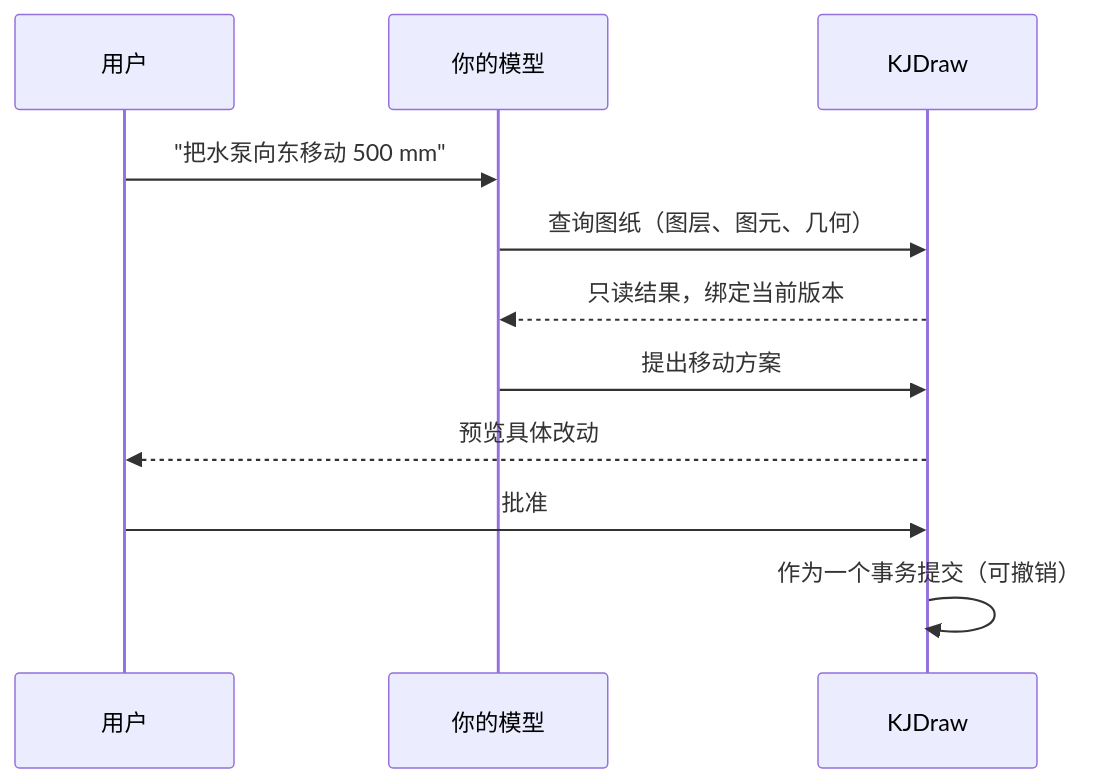
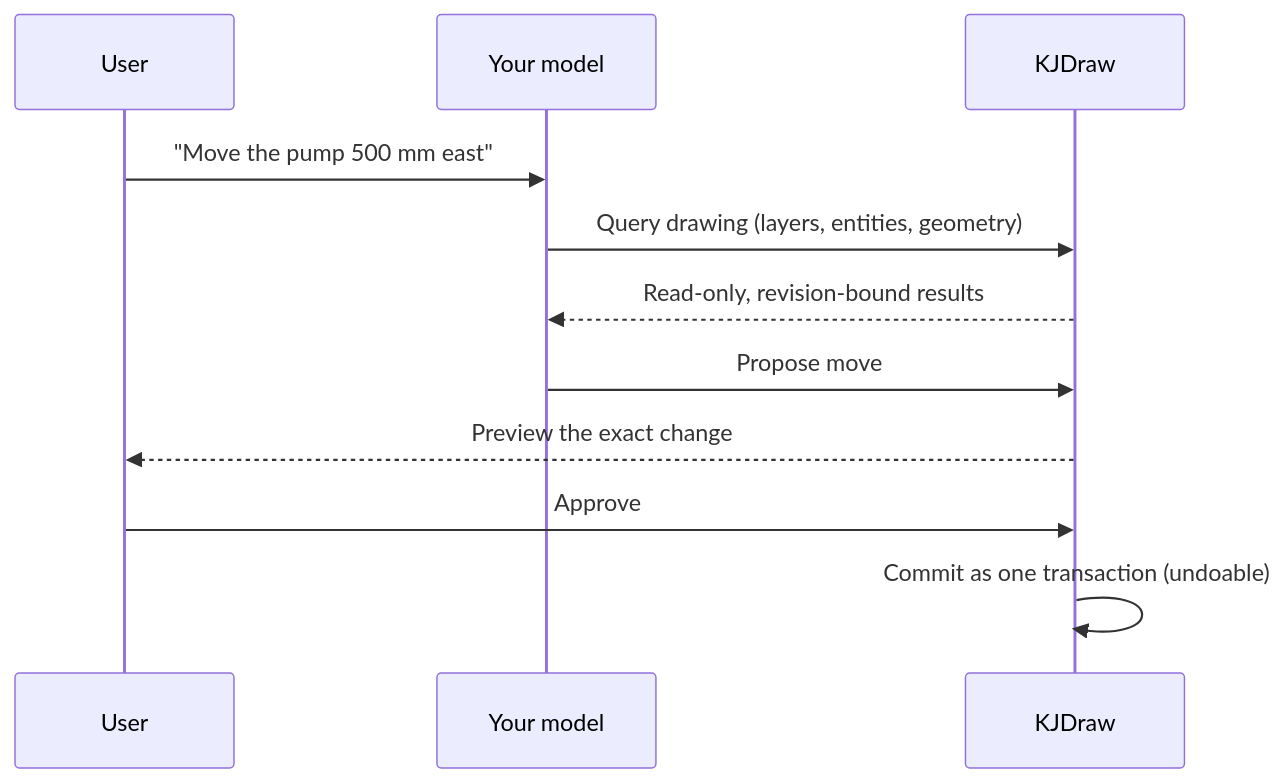
Before and after one commit to KanJieTeam/kjdraw: the diagram in README.md, drawn with Mermaid. The commit also changed other lines of this file and 2 other files, not shown here.

````diff
--- a/README.md
+++ b/README.md
@@ -153,13 +155,13 @@
 ```mermaid
 sequenceDiagram
-    participant U as 用户
-    participant M as 你的模型
+    participant U as User
+    participant M as Your model
     participant K as KJDraw
-    U->>M: "把水泵向东移动 500 mm"
-    M->>K: 查询图纸（图层、图元、几何）
-    K-->>M: 只读结果，绑定当前版本
-    M->>K: 提出移动方案
-    K-->>U: 预览具体改动
-    U->>K: 批准
-    K->>K: 作为一个事务提交（可撤销）
+    U->>M: "Move the pump 500 mm east"
+    M->>K: Query drawing (layers, entities, geometry)
+    K-->>M: Read-only, revision-bound results
+    M->>K: Propose move
+    K-->>U: Preview the exact change
+    U->>K: Approve
+    K->>K: Commit as one transaction (undoable)
 ```
````
